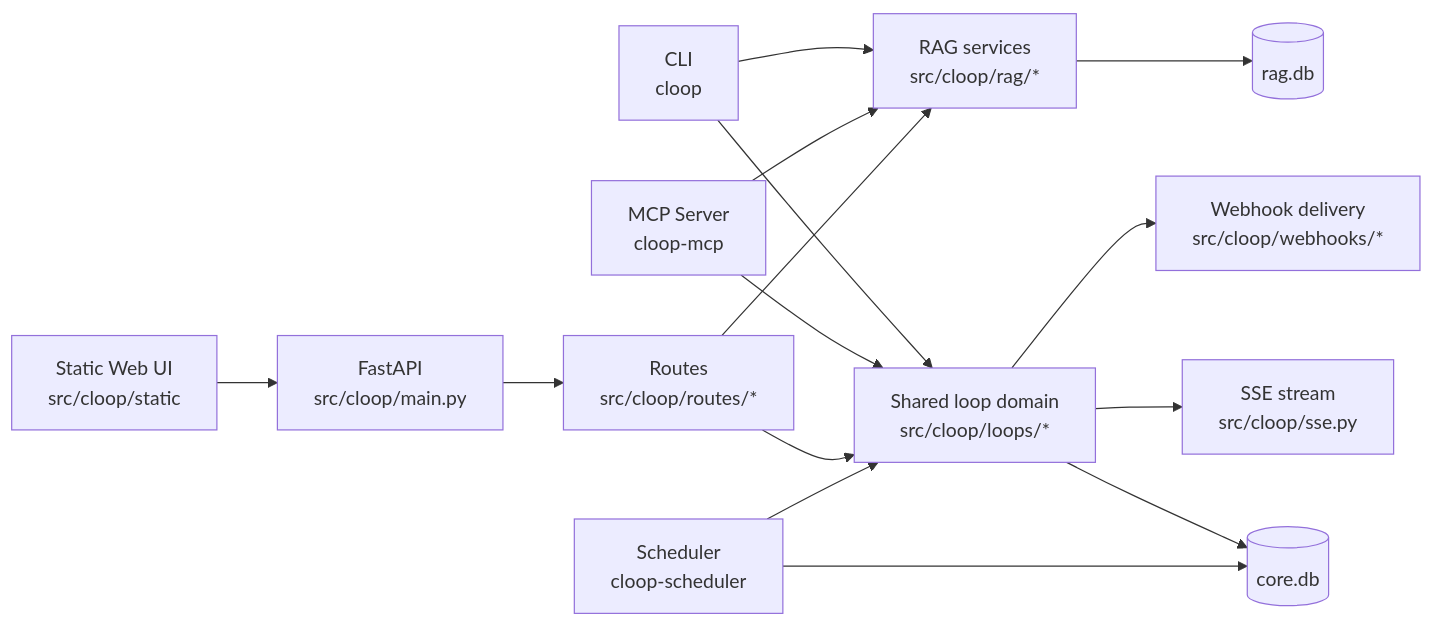
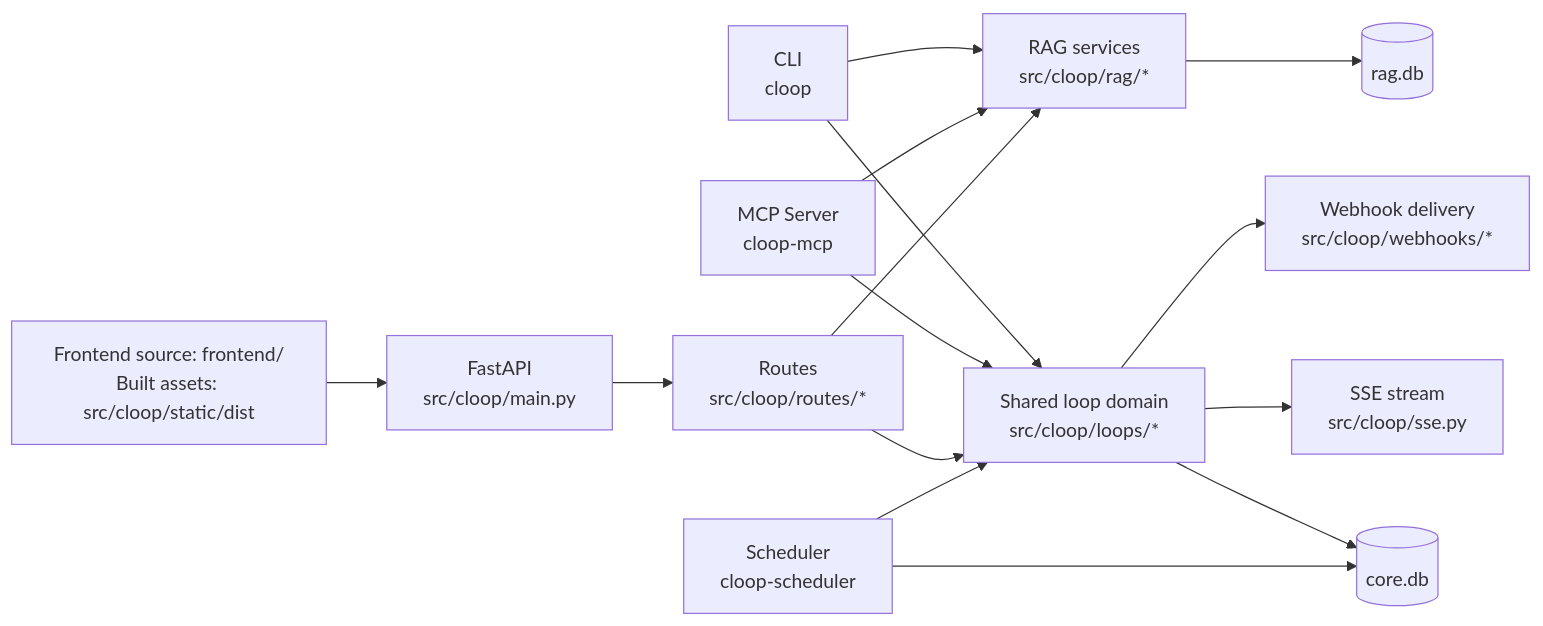
One commit to fitchmultz/cloop changed the diagram in docs/architecture.md. Above: the diagram before and after it, drawn with Mermaid. The commit also changed 128 other files, not shown here.

````diff
--- a/docs/architecture.md
+++ b/docs/architecture.md
@@ -17,19 +17,19 @@
 ```mermaid
 flowchart LR
-  UI[Static Web UI\nsrc/cloop/static] --> API[FastAPI\nsrc/cloop/main.py]
+  UI[Frontend source: frontend/\nBuilt assets: src/cloop/static/dist] --> API[FastAPI\nsrc/cloop/main.py]
   API --> ROUTES[Routes\nsrc/cloop/routes/*]
   CLI[CLI\ncloop] --> LOOPS[Shared loop domain\nsrc/cloop/loops/*]
   CLI --> RAG[RAG services\nsrc/cloop/rag/*]
   MCP[MCP Server\ncloop-mcp] --> LOOPS
   MCP --> RAG
   ROUTES --> LOOPS
   ROUTES --> RAG
 
   LOOPS --> CORE[(core.db)]
   RAG --> RAGDB[(rag.db)]
 
   LOOPS --> SSE[SSE stream\nsrc/cloop/sse.py]
   LOOPS --> WEBHOOKS[Webhook delivery\nsrc/cloop/webhooks/*]
   SCHED[Scheduler\ncloop-scheduler] --> LOOPS
   SCHED --> CORE
 ```
````
